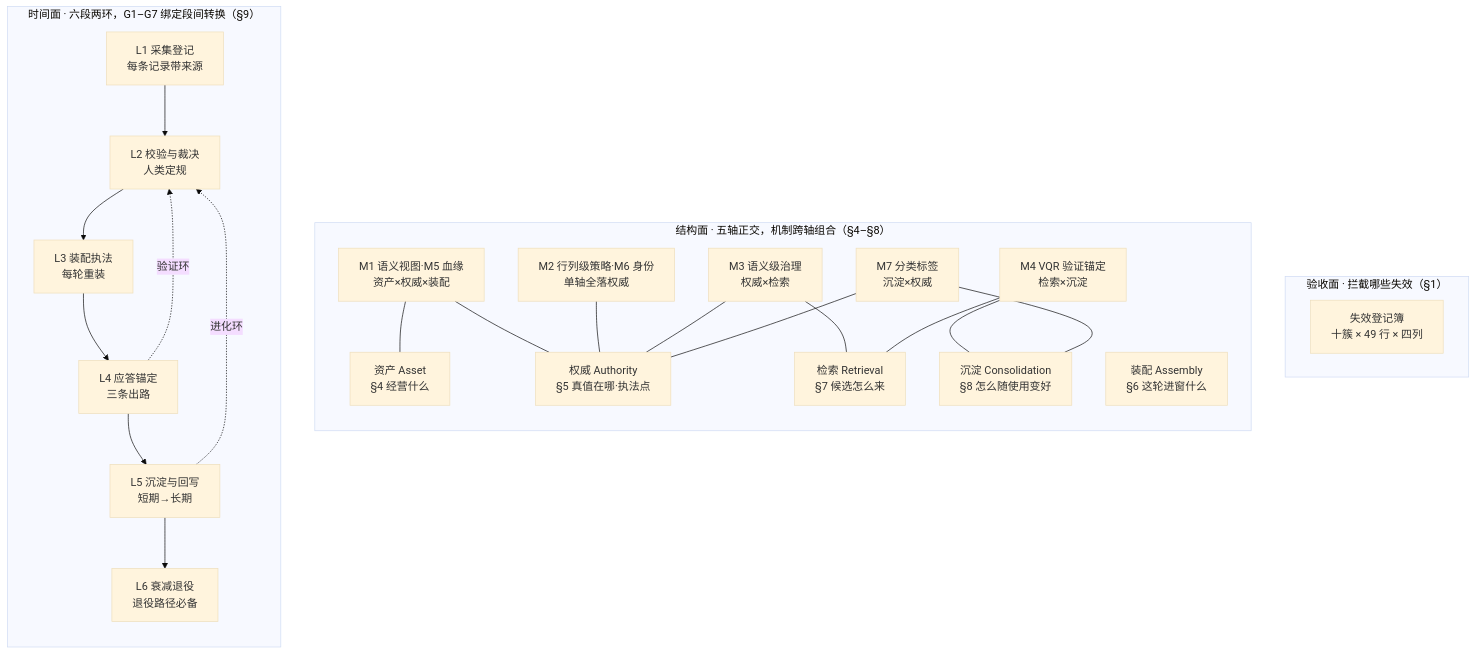
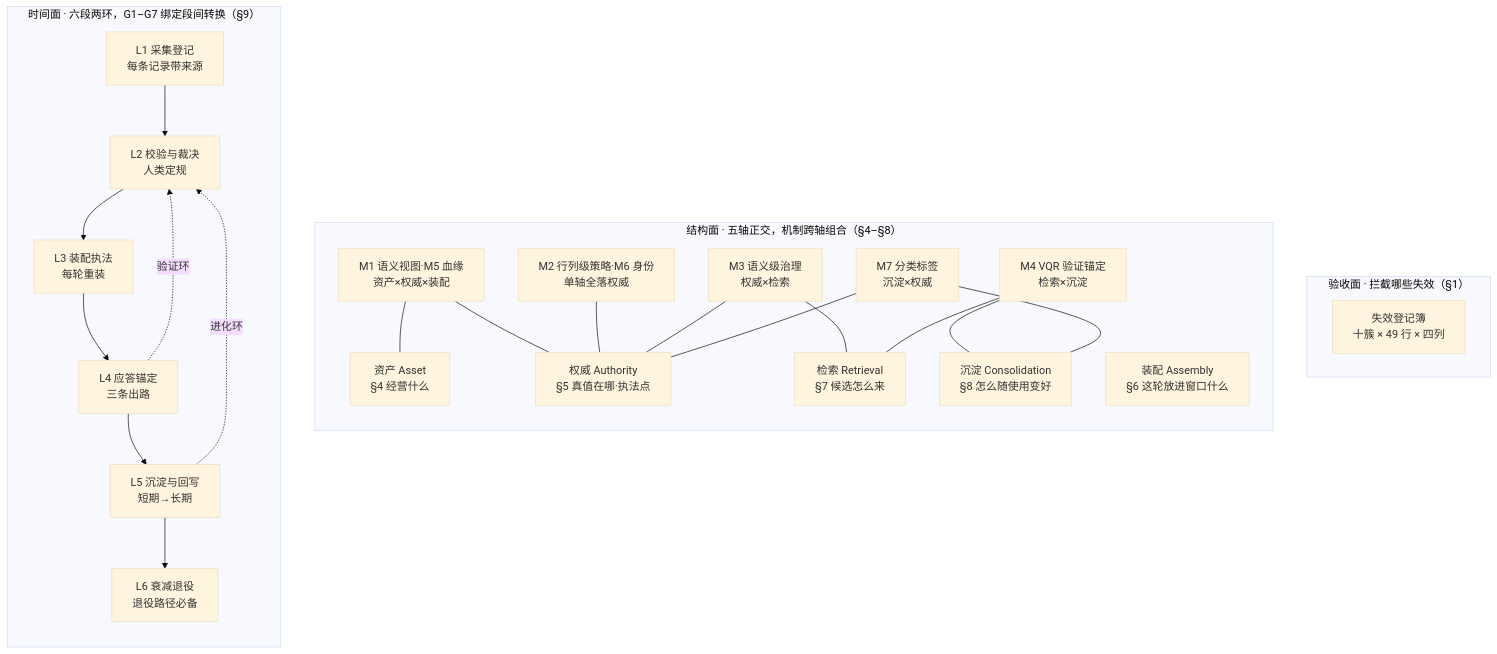
Before and after one commit to ThreeFish-AI/negentropy: the diagram in docs/assets/mermaid/cognitive-context/context-layer-blueprint--architecture.mmd, drawn with Mermaid (base theme). The commit also changed 69 other files, not shown here.

First line of the commit message:
docs(cognitive-context): 013 八张配图随字重渲（candidate 改字，finalize 四门全过，双主题 PNG 重采）;

```diff
--- a/docs/assets/mermaid/cognitive-context/context-layer-blueprint--architecture.mmd
+++ b/docs/assets/mermaid/cognitive-context/context-layer-blueprint--architecture.mmd
@@ -1,42 +1,42 @@
 %%source: docs/research/cognitive-context/013-context-layer-blueprint.md §3 总纲：三面蓝图（§3.1 三面各自独立 / §3.3 机制＝多轴组合 / §3.4 六段两环）
 %%slug: cognitive-context/context-layer-blueprint--architecture
 %%type: architecture
 %%derived: archify architecture v3, redesigned from v2（三轴顺序链 → 三面各自独立：验收面登记簿十簇 × 结构面五轴+M1–M7 跨轴组合挂件 × 时间面 L1–L6 六段+验证环/进化环两回边；v2 见 git 史）
 flowchart TB
     subgraph FACE1["验收面 · 拦截哪些失效（§1）"]
         REG["失效登记簿<br/>十簇 × 49 行 × 四列"]
     end
     subgraph FACE2["结构面 · 五轴正交，机制跨轴组合（§4–§8）"]
         direction TB
         A1["资产 Asset<br/>§4 经营什么"]
         A2["权威 Authority<br/>§5 真值在哪·执法点"]
-        A3["装配 Assembly<br/>§6 这轮进窗什么"]
+        A3["装配 Assembly<br/>§6 这轮放进窗口什么"]
         A4["检索 Retrieval<br/>§7 候选怎么来"]
         A5["沉淀 Consolidation<br/>§8 怎么随使用变好"]
         M15["M1 语义视图·M5 血缘<br/>资产×权威×装配"]
         M26["M2 行列级策略·M6 身份<br/>单轴全落权威"]
         M3["M3 语义级治理<br/>权威×检索"]
         M4["M4 VQR 验证锚定<br/>检索×沉淀"]
         M7["M7 分类标签<br/>沉淀×权威"]
         M15 --- A1
         M15 --- A2
         M26 --- A2
         M3 --- A2
         M3 --- A4
         M4 --- A4
         M4 --- A5
         M7 --- A5
         M7 --- A2
     end
     subgraph FACE3["时间面 · 六段两环，G1–G7 绑定段间转换（§9）"]
         direction TB
         L1["L1 采集登记<br/>每条记录带来源"]
         L2["L2 校验与裁决<br/>人类定规"]
         L3["L3 装配执法<br/>每轮重装"]
         L4["L4 应答锚定<br/>三条出路"]
         L5["L5 沉淀与回写<br/>短期→长期"]
         L6["L6 衰减退役<br/>退役路径必备"]
         L1 --> L2 --> L3 --> L4 --> L5 --> L6
         L4 -.->|"验证环"| L2
         L5 -.->|"进化环"| L2
     end
```
